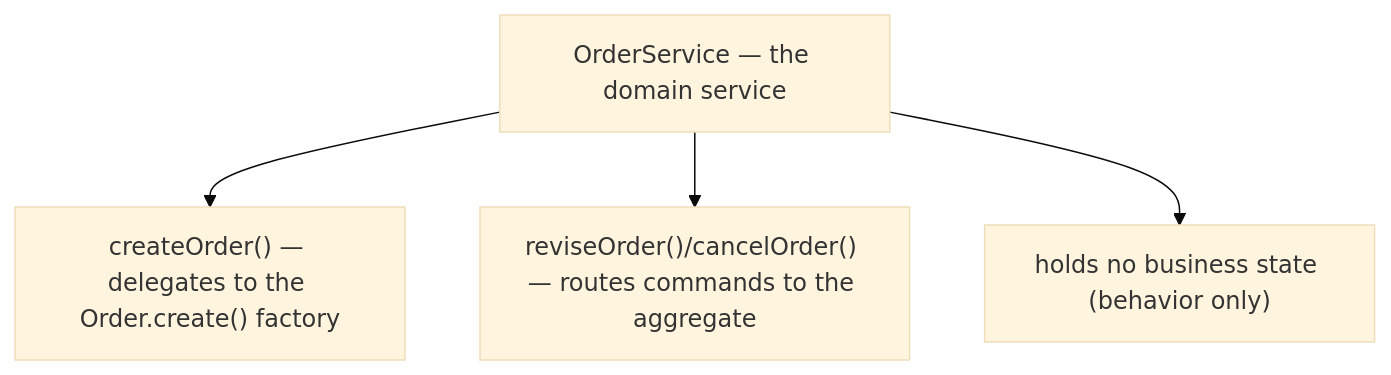
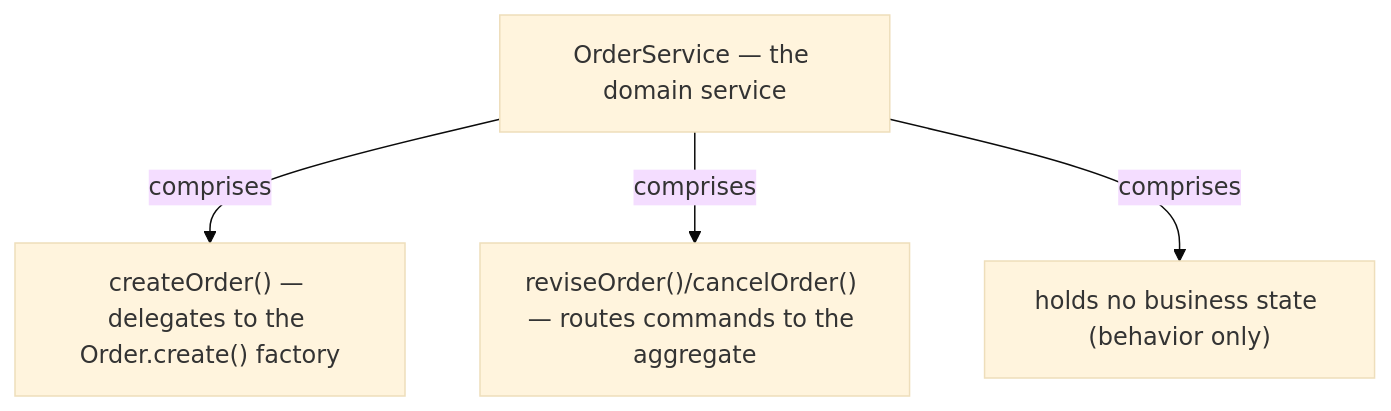
Before and after one commit to vinayakuber/microservices-io-study-guide: the fifth of 14 diagrams in docs/ch18-domain-model.md, drawn with Mermaid (base theme). The commit also changed other lines of this file and 71 other files, not shown here.

First line of the commit message:
R18: label every diagram arrow with its meaning

````diff
--- a/docs/ch18-domain-model.md
+++ b/docs/ch18-domain-model.md
@@ -216,7 +216,7 @@
 ```mermaid
 flowchart TD
   R["OrderService — the domain service"]
-  R --> P0["createOrder() — delegates to the Order.create() factory"]
-  R --> P1["reviseOrder()/cancelOrder() — routes commands to the aggregate"]
-  R --> P2["holds no business state (behavior only)"]
+  R -->|"comprises"| P0["createOrder() — delegates to the Order.create() factory"]
+  R -->|"comprises"| P1["reviseOrder()/cancelOrder() — routes commands to the aggregate"]
+  R -->|"comprises"| P2["holds no business state (behavior only)"]
 ```
````
